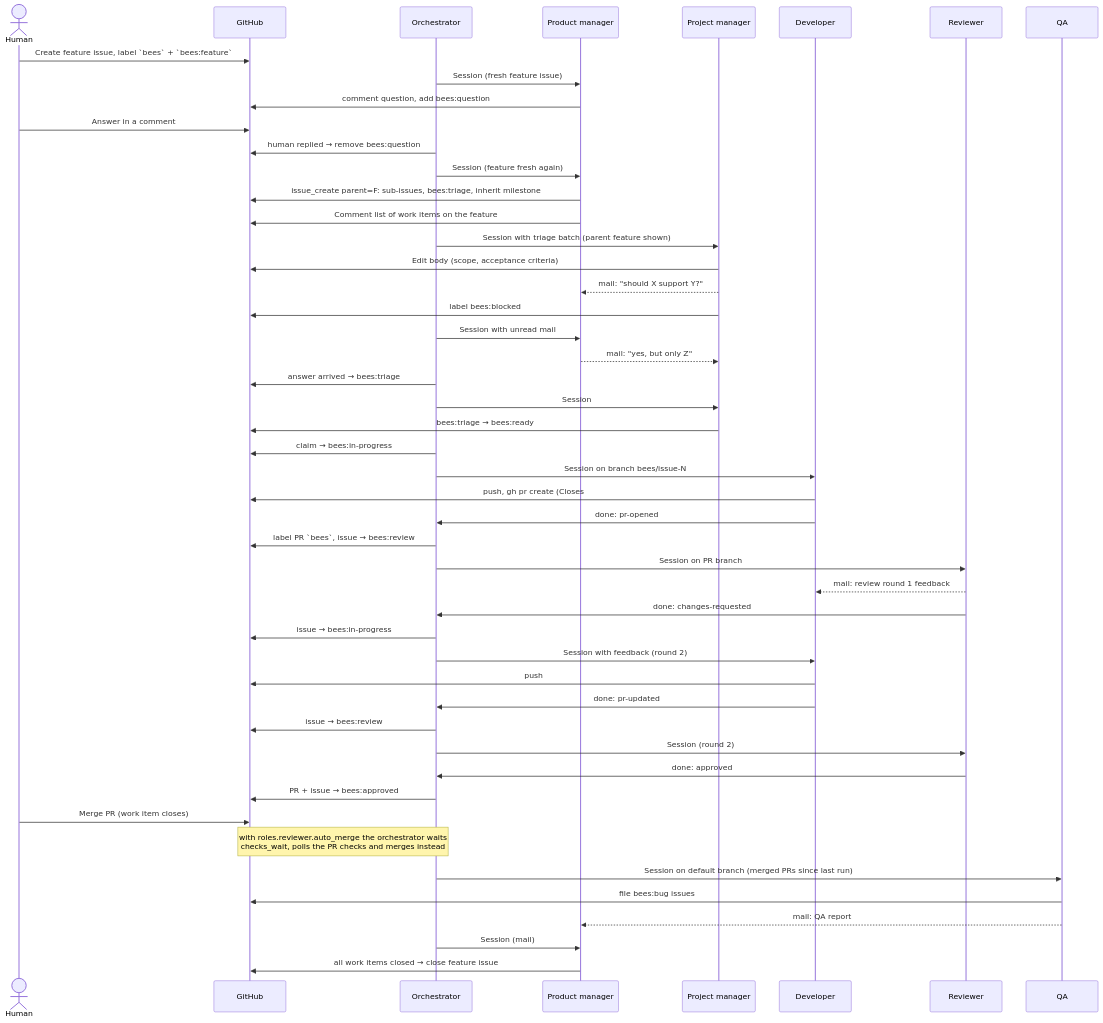
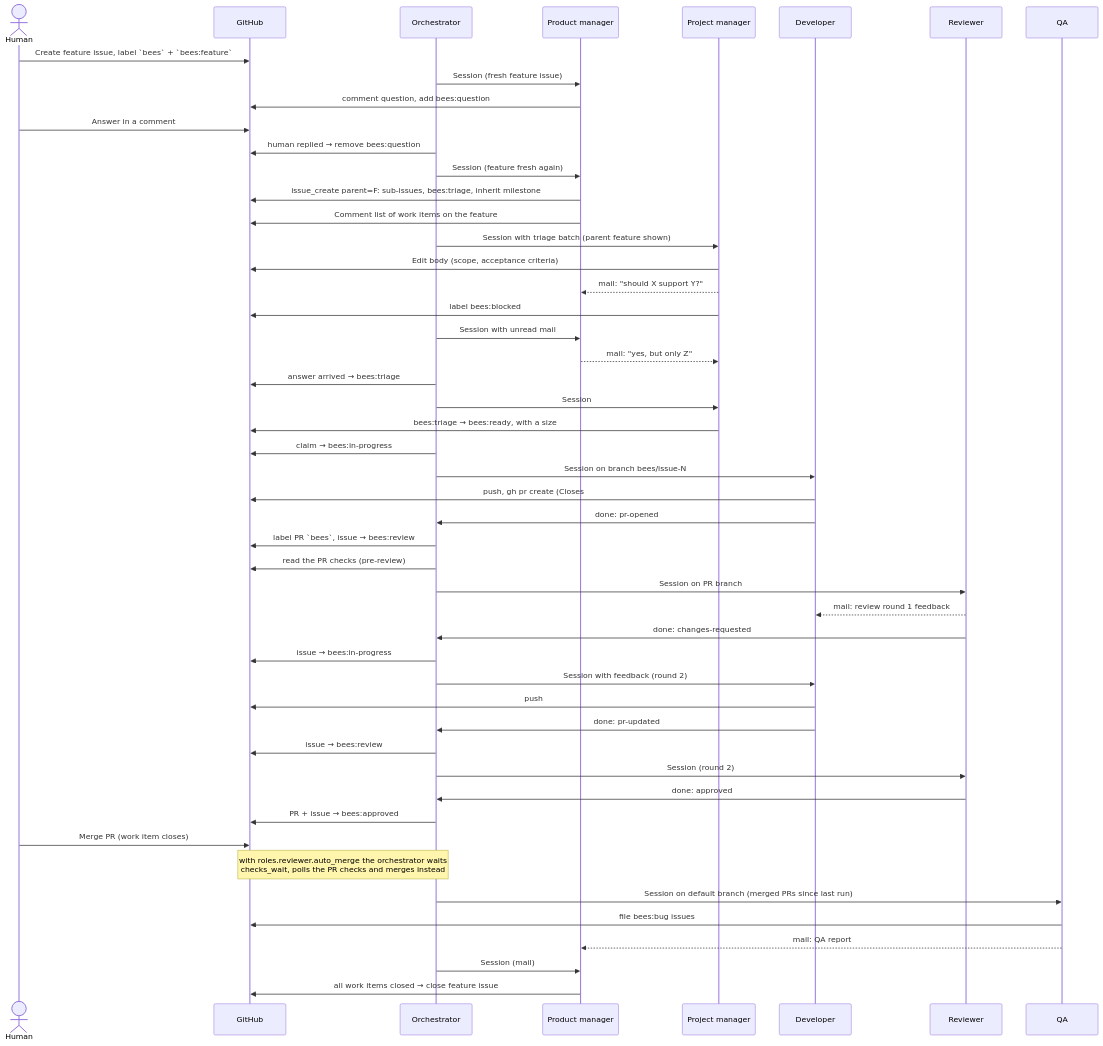
The second of 2 diagrams in docs/workflow.md (kpenfound/busybees), drawn with Mermaid before and after one commit. The commit also changed other lines of this file, not shown here.

````diff
--- a/docs/workflow.md
+++ b/docs/workflow.md
@@ -1051,52 +1054,53 @@
 ```mermaid
 sequenceDiagram
     actor H as Human
     participant GH as GitHub
     participant O as Orchestrator
     participant PM as Product manager
     participant PjM as Project manager
     participant Dev as Developer
     participant Rev as Reviewer
     participant QA as QA
 
     H->>GH: Create feature issue, label `bees` + `bees:feature`
     O->>PM: Session (fresh feature issue)
     PM->>GH: comment question, add bees:question
     H->>GH: Answer in a comment
     O->>GH: human replied → remove bees:question
     O->>PM: Session (feature fresh again)
     PM->>GH: issue_create parent=F: sub-issues, bees:triage, inherit milestone
     PM->>GH: Comment list of work items on the feature
     O->>PjM: Session with triage batch (parent feature shown)
     PjM->>GH: Edit body (scope, acceptance criteria)
     PjM-->>PM: mail: "should X support Y?"
     PjM->>GH: label bees:blocked
     O->>PM: Session with unread mail
     PM-->>PjM: mail: "yes, but only Z"
     O->>GH: answer arrived → bees:triage
     O->>PjM: Session
-    PjM->>GH: bees:triage → bees:ready
+    PjM->>GH: bees:triage → bees:ready, with a size
     O->>GH: claim → bees:in-progress
     O->>Dev: Session on branch bees/issue-N
     Dev->>GH: push, gh pr create (Closes #N)
     Dev->>O: done: pr-opened
     O->>GH: label PR `bees`, issue → bees:review
+    O->>GH: read the PR checks (pre-review)
     O->>Rev: Session on PR branch
     Rev-->>Dev: mail: review round 1 feedback
     Rev->>O: done: changes-requested
     O->>GH: issue → bees:in-progress
     O->>Dev: Session with feedback (round 2)
     Dev->>GH: push
     Dev->>O: done: pr-updated
     O->>GH: issue → bees:review
     O->>Rev: Session (round 2)
     Rev->>O: done: approved
     O->>GH: PR + issue → bees:approved
     H->>GH: Merge PR (work item closes)
     Note over O,GH: with roles.reviewer.auto_merge the orchestrator waits<br/>checks_wait, polls the PR checks and merges instead
     O->>QA: Session on default branch (merged PRs since last run)
     QA->>GH: file bees:bug issues
     QA-->>PM: mail: QA report
     O->>PM: Session (mail)
     PM->>GH: all work items closed → close feature issue
 ```
````
